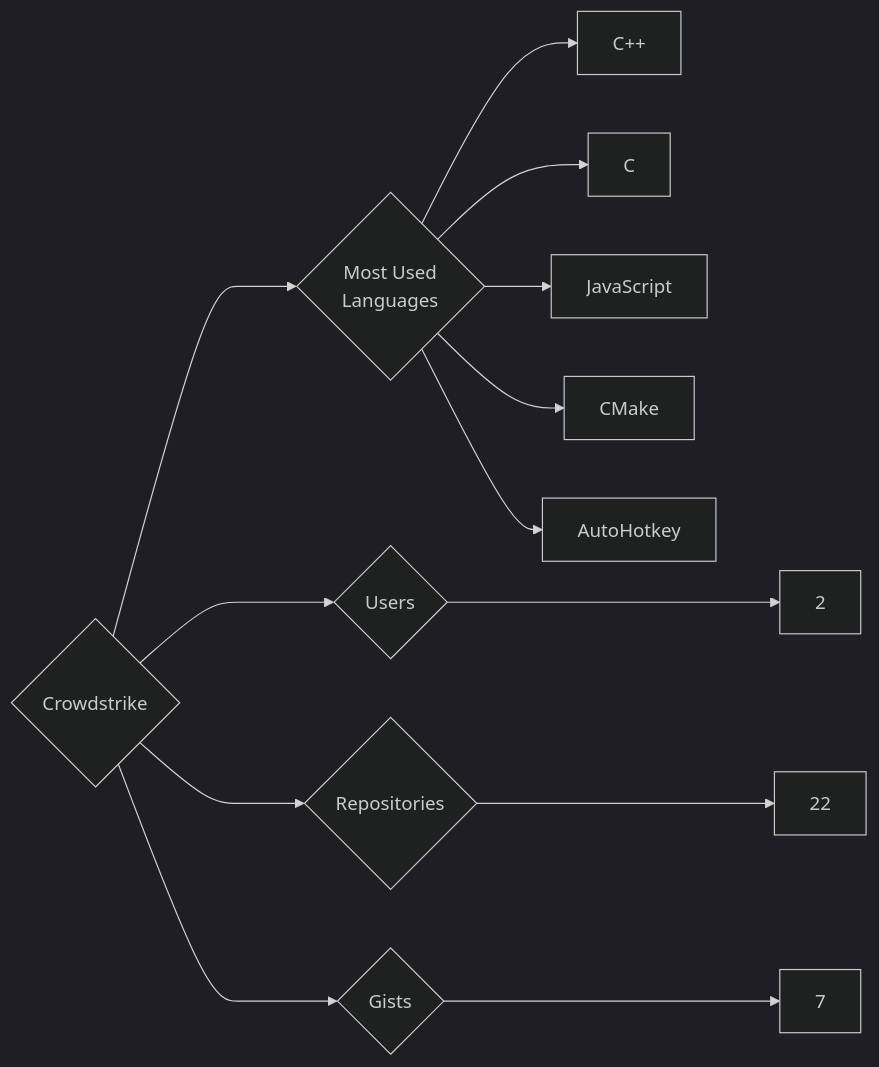
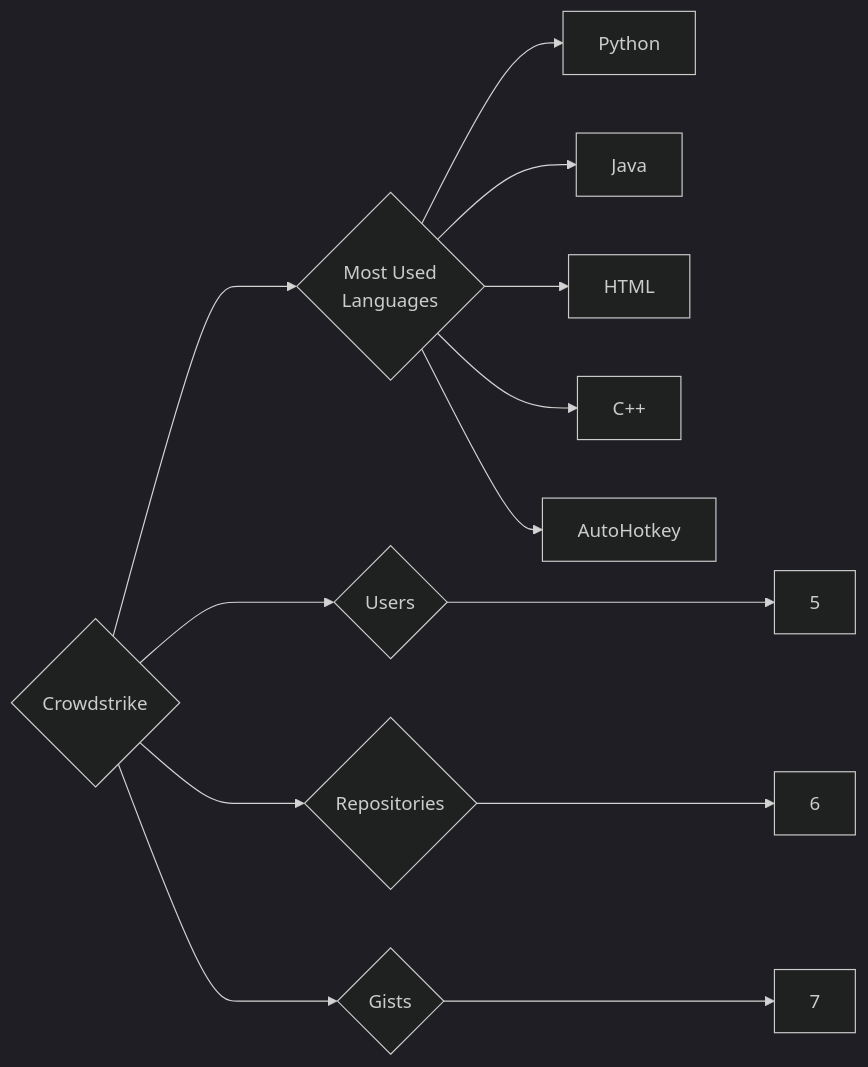
The diagram in targets/Crowdstrike/README.md (trickest/insiders), drawn with Mermaid (dark theme) before and after one commit. The commit also changed 1092 other files, not shown here.

````diff
--- a/targets/Crowdstrike/README.md
+++ b/targets/Crowdstrike/README.md
@@ -3,13 +3,13 @@
 ```mermaid
 graph LR
 COMPANY_NAME{Crowdstrike}
-COMPANY_NAME ---> U{Users} ---> UN[2]
-COMPANY_NAME ---> R{Repositories} ---> RN[22]
+COMPANY_NAME ---> U{Users} ---> UN[5]
+COMPANY_NAME ---> R{Repositories} ---> RN[6]
 COMPANY_NAME ---> G{Gists} ---> GN[7]
 COMPANY_NAME ---> ML{Most Used<br>Languages}
+ML --> Python[Python]
+ML --> Java[Java]
+ML --> HTML[HTML]
 ML --> C++[C++]
-ML --> C[C]
-ML --> JavaScript[JavaScript]
-ML --> CMake[CMake]
 ML --> AutoHotkey[AutoHotkey]
 ```
````
